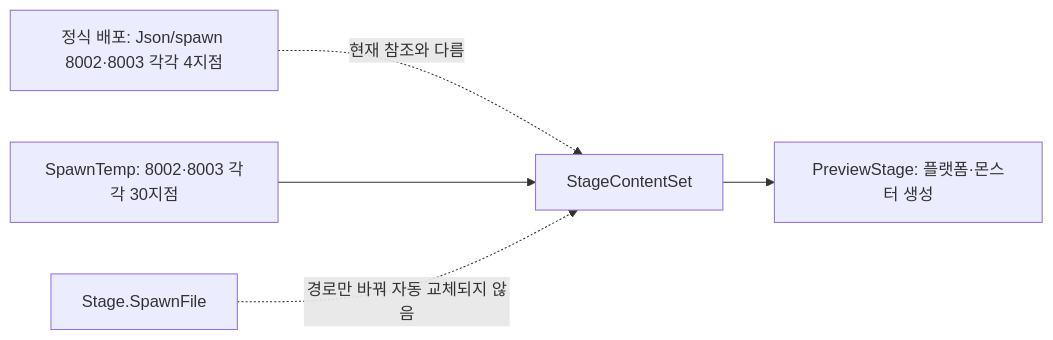
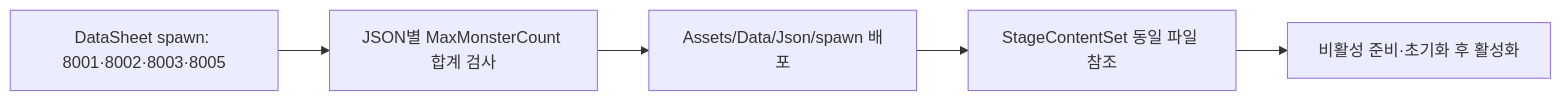
One commit to lkhwcf-arch/Human_Ghost- changed the third of 5 diagrams in Docs/개발자용 설계문서/현재 구현과 검증 현황.md. Above: the diagram before and after it, drawn with Mermaid. The commit also changed other lines of this file and 29 other files, not shown here.

````diff
--- a/Docs/개발자용 설계문서/현재 구현과 검증 현황.md
+++ b/Docs/개발자용 설계문서/현재 구현과 검증 현황.md
@@ -63,7 +63,7 @@
 ```mermaid
 flowchart LR
-    A[정식 배포: Json/spawn 8002·8003 각각 4지점] -.현재 참조와 다름.-> C[StageContentSet]
-    B[SpawnTemp: 8002·8003 각각 30지점] --> C
-    C --> D[PreviewStage: 플랫폼·몬스터 생성]
-    E[Stage.SpawnFile] -.경로만 바꿔 자동 교체되지 않음.-> C
+    A[DataSheet spawn: 8001·8002·8003·8005] --> B[JSON별 MaxMonsterCount 합계 검사]
+    B --> C[Assets/Data/Json/spawn 배포]
+    C --> D[StageContentSet 동일 파일 참조]
+    D --> E[비활성 준비·초기화 후 활성화]
 ```
````
